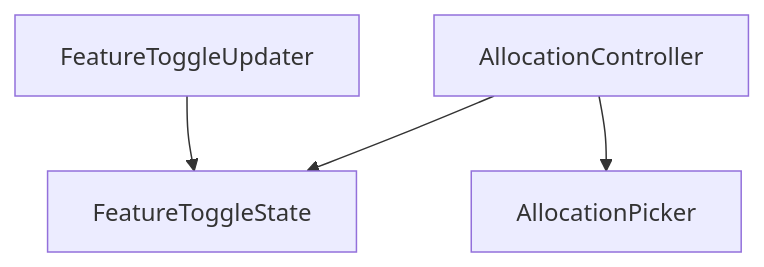
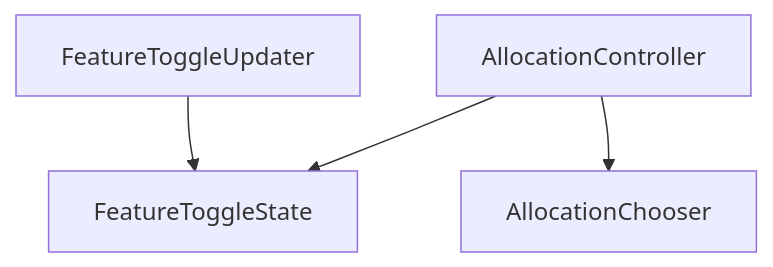
The first of 3 diagrams in extras/transcript.md (lending-llama/lending-llama-2022-05), drawn with Mermaid before and after one commit. The commit also changed other lines of this file, not shown here.

````diff
--- a/extras/transcript.md
+++ b/extras/transcript.md
@@ -203,6 +203,6 @@
 ```mermaid
 graph TD
 AllocationController --> FeatureToggleState;
-AllocationController --> AllocationPicker;
+AllocationController --> AllocationChooser;
 FeatureToggleUpdater --> FeatureToggleState;
 ```
````
